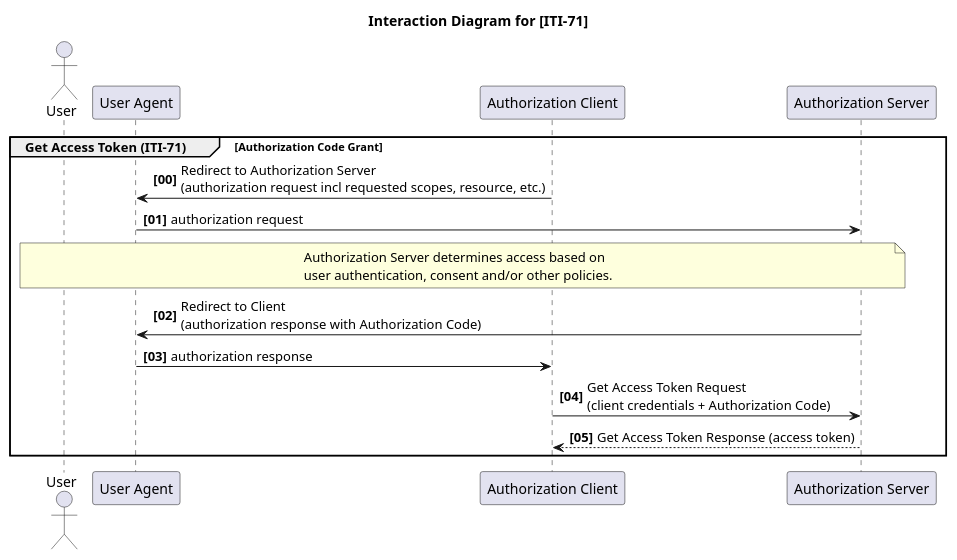
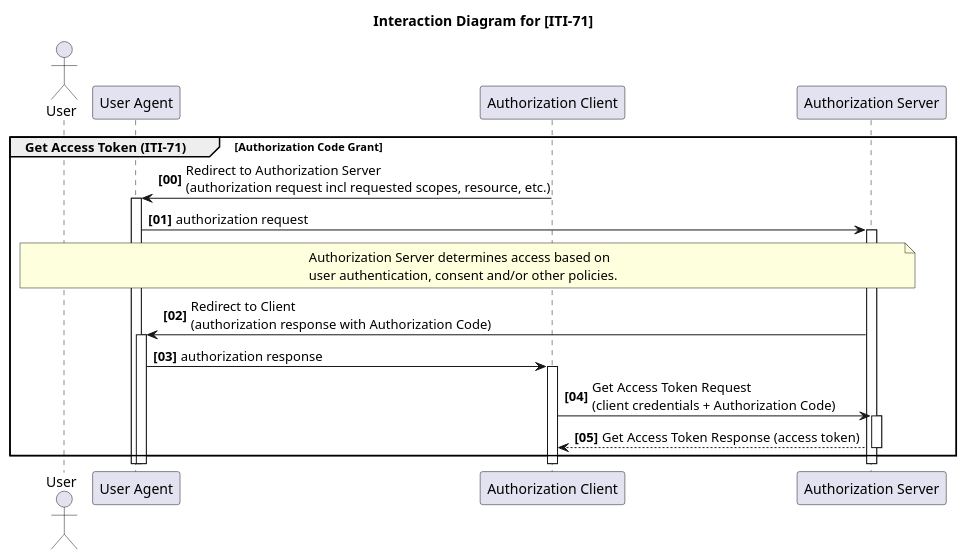
The diagram in input/images-source/IUA_ActorDiagram_ITI-71.plantuml (ehealthsuisse/ch-epr-fhir), drawn with PlantUML before and after one commit. The commit also changed 33 other files, not shown here.

```diff
--- a/input/images-source/IUA_ActorDiagram_ITI-71.plantuml
+++ b/input/images-source/IUA_ActorDiagram_ITI-71.plantuml
@@ -1,29 +1,30 @@
 @startuml 
 
 title Interaction Diagram for [ITI-71]
 
 actor User
 
 participant "User Agent" as UserAgent
 participant "Authorization Client" as Client
 participant "Authorization Server" as AuthzServer
 
 autonumber 0 1 "<b>[00]</b>"
+autoactivate on
 
 group Get Access Token (ITI-71) [Authorization Code Grant]
 Client -> UserAgent: Redirect to Authorization Server \n(authorization request incl requested scopes, resource, etc.)
 UserAgent -> AuthzServer: authorization request
 
 note over User, AuthzServer
   Authorization Server determines access based on
   user authentication, consent and/or other policies.
 end note
 
 AuthzServer -> UserAgent: Redirect to Client \n(authorization response with Authorization Code)
 UserAgent -> Client: authorization response
 
 Client -> AuthzServer: Get Access Token Request \n(client credentials + Authorization Code)
 AuthzServer --> Client: Get Access Token Response (access token)
 end
 
 @enduml
```
